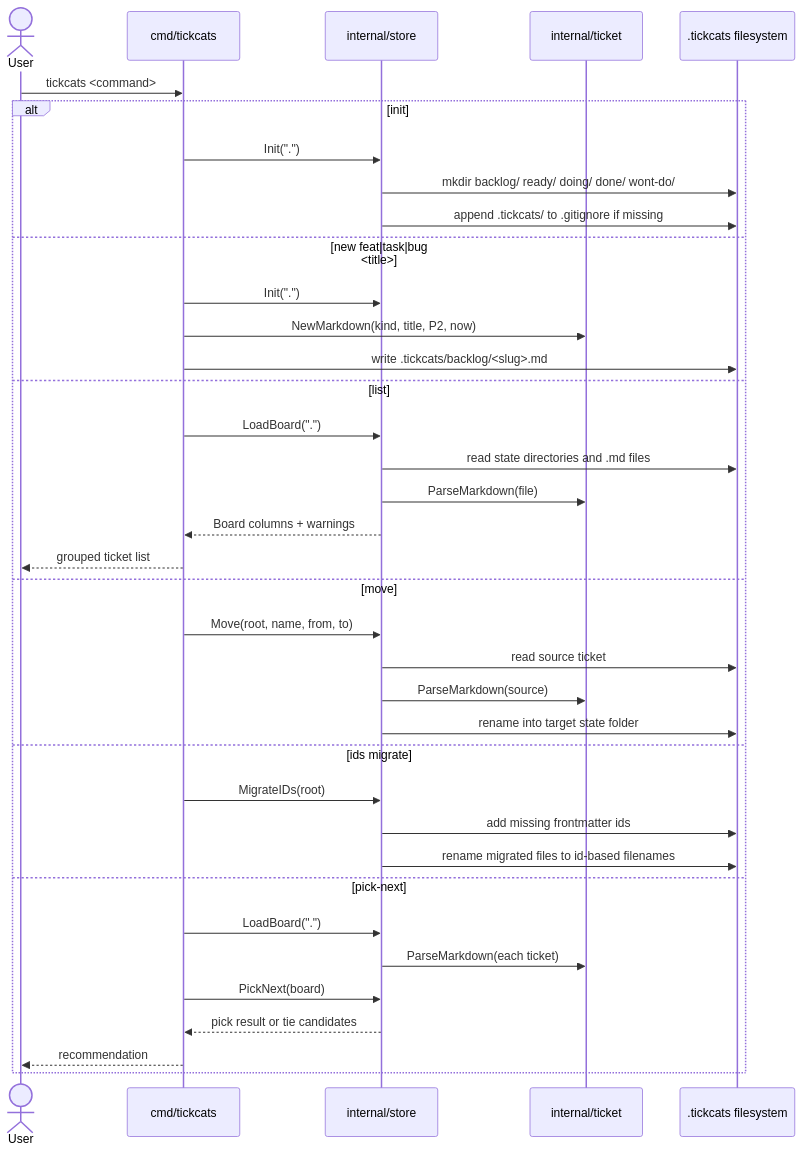
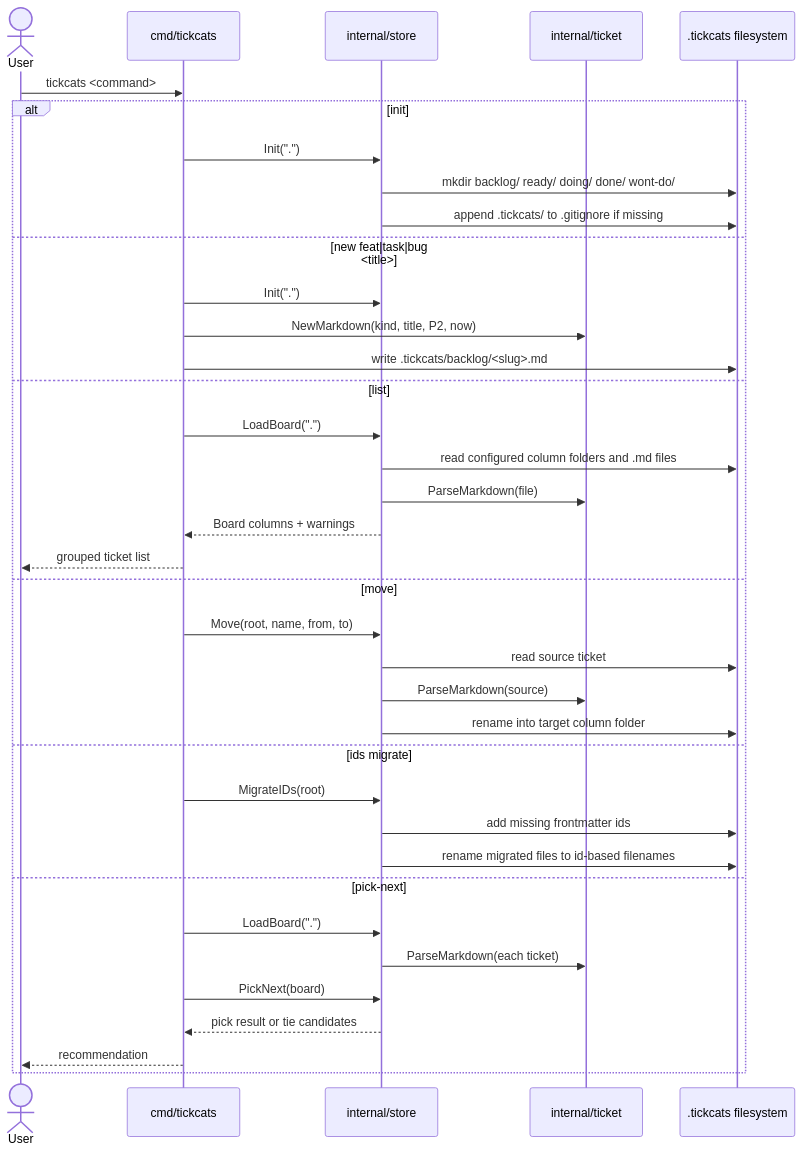
Before and after one commit to dawidsok/tickcats: the fourth of 7 diagrams in docs/architecture.md, drawn with Mermaid. The commit also changed other lines of this file and 29 other files, not shown here.

````diff
--- a/docs/architecture.md
+++ b/docs/architecture.md
@@ -60,40 +63,40 @@
 ```mermaid
 sequenceDiagram
     actor User
     participant CLI as cmd/tickcats
     participant Store as internal/store
     participant Ticket as internal/ticket
     participant FS as .tickcats filesystem
 
     User->>CLI: tickcats <command>
     alt init
         CLI->>Store: Init(".")
         Store->>FS: mkdir backlog/ ready/ doing/ done/ wont-do/
         Store->>FS: append .tickcats/ to .gitignore if missing
     else new feat|task|bug <title>
         CLI->>Store: Init(".")
         CLI->>Ticket: NewMarkdown(kind, title, P2, now)
         CLI->>FS: write .tickcats/backlog/<slug>.md
     else list
         CLI->>Store: LoadBoard(".")
-        Store->>FS: read state directories and .md files
+        Store->>FS: read configured column folders and .md files
         Store->>Ticket: ParseMarkdown(file)
         Store-->>CLI: Board columns + warnings
         CLI-->>User: grouped ticket list
     else move
         CLI->>Store: Move(root, name, from, to)
         Store->>FS: read source ticket
         Store->>Ticket: ParseMarkdown(source)
-        Store->>FS: rename into target state folder
+        Store->>FS: rename into target column folder
     else ids migrate
         CLI->>Store: MigrateIDs(root)
         Store->>FS: add missing frontmatter ids
         Store->>FS: rename migrated files to id-based filenames
     else pick-next
         CLI->>Store: LoadBoard(".")
         Store->>Ticket: ParseMarkdown(each ticket)
         CLI->>Store: PickNext(board)
         Store-->>CLI: pick result or tie candidates
         CLI-->>User: recommendation
     end
 ```
````
